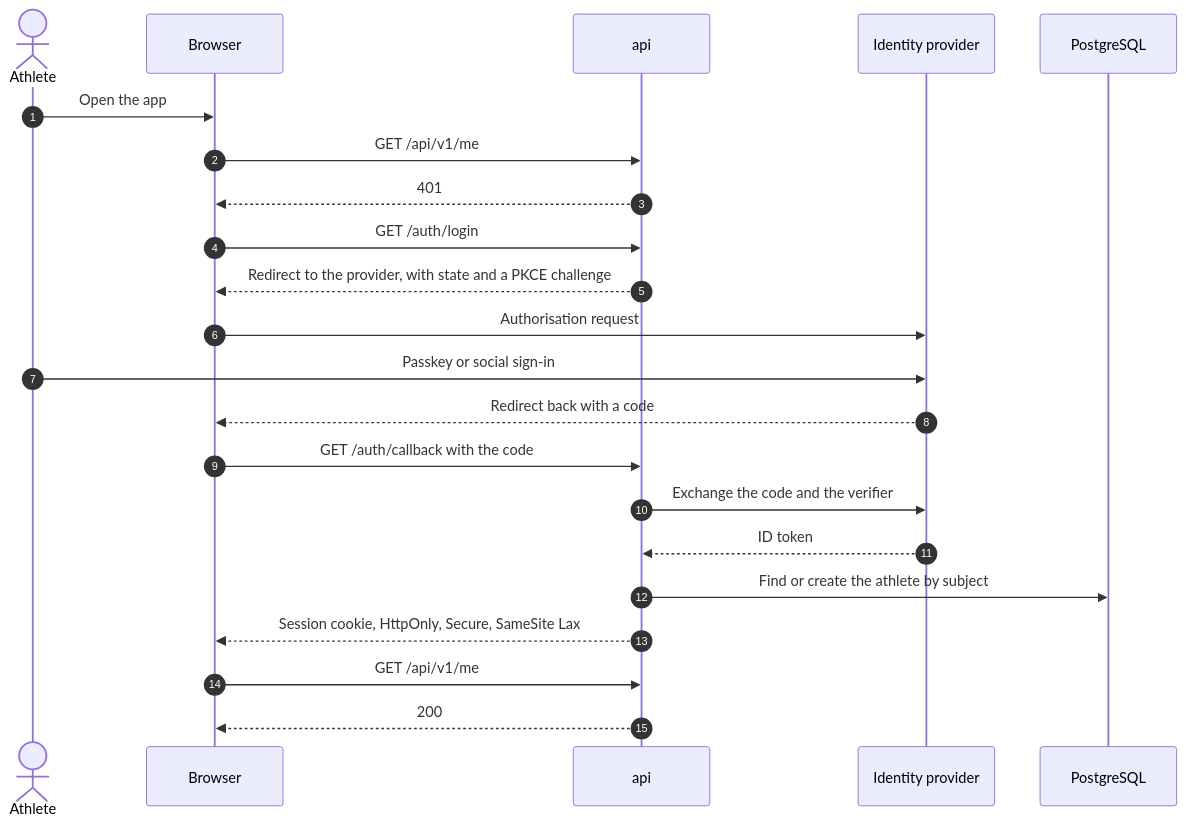
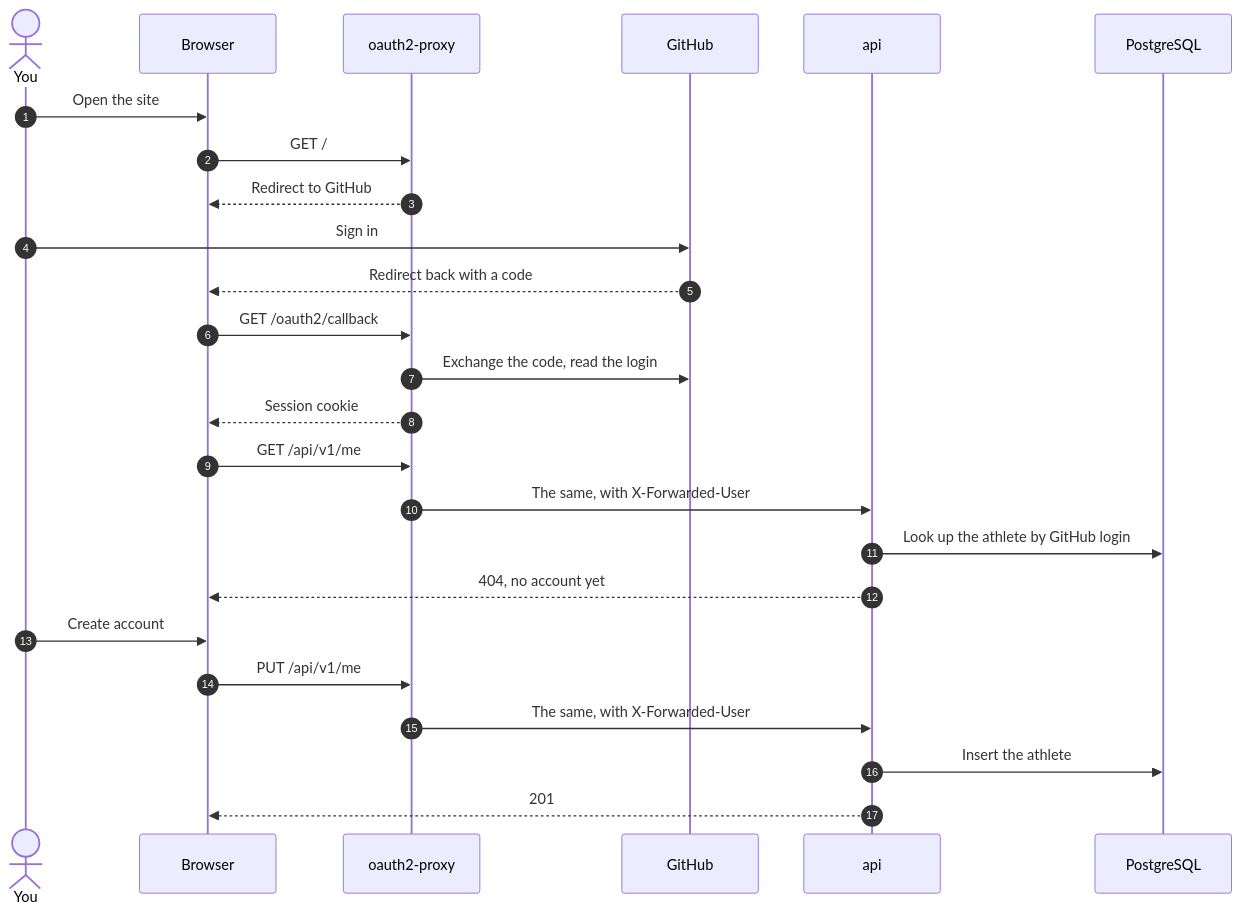
The second of 6 diagrams in PLAN.md (theadzik/repwise), drawn with Mermaid before and after one commit. The commit also changed other lines of this file and 1 other file, not shown here.

First line of the commit message:
docs: plan a single-user first version with a stateless backend

````diff
--- a/PLAN.md
+++ b/PLAN.md
@@ -372,25 +147,28 @@
 ```mermaid
 sequenceDiagram
     autonumber
-    actor U as Athlete
+    actor U as You
     participant B as Browser
+    participant P as oauth2-proxy
+    participant G as GitHub
     participant A as api
-    participant I as Identity provider
     participant D as PostgreSQL
 
-    U->>B: Open the app
-    B->>A: GET /api/v1/me
-    A-->>B: 401
-    B->>A: GET /auth/login
-    A-->>B: Redirect to the provider, with state and a PKCE challenge
-    B->>I: Authorisation request
-    U->>I: Passkey or social sign-in
-    I-->>B: Redirect back with a code
-    B->>A: GET /auth/callback with the code
-    A->>I: Exchange the code and the verifier
-    I-->>A: ID token
-    A->>D: Find or create the athlete by subject
-    A-->>B: Session cookie, HttpOnly, Secure, SameSite Lax
-    B->>A: GET /api/v1/me
-    A-->>B: 200
+    U->>B: Open the site
+    B->>P: GET /
+    P-->>B: Redirect to GitHub
+    U->>G: Sign in
+    G-->>B: Redirect back with a code
+    B->>P: GET /oauth2/callback
+    P->>G: Exchange the code, read the login
+    P-->>B: Session cookie
+    B->>P: GET /api/v1/me
+    P->>A: The same, with X-Forwarded-User
+    A->>D: Look up the athlete by GitHub login
+    A-->>B: 404, no account yet
+    U->>B: Create account
+    B->>P: PUT /api/v1/me
+    P->>A: The same, with X-Forwarded-User
+    A->>D: Insert the athlete
+    A-->>B: 201
 ```
````
